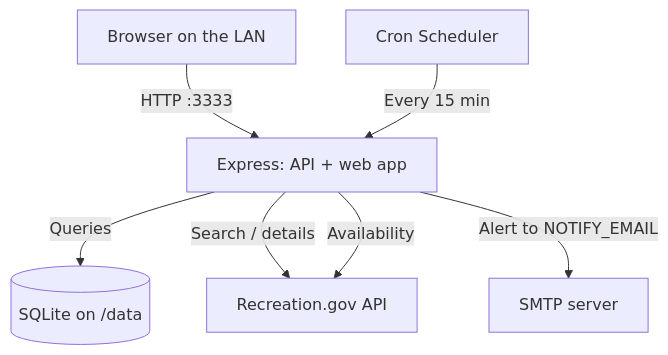
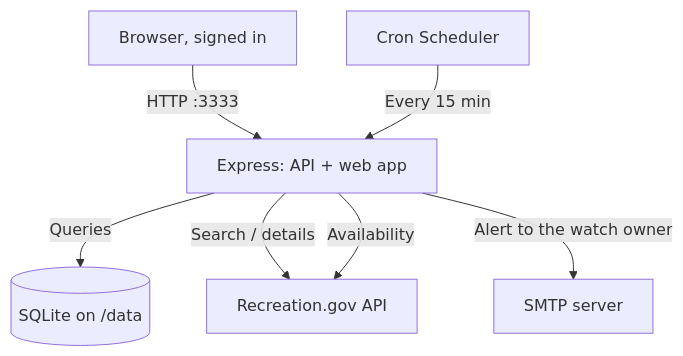
The first of 2 diagrams in README.md (adamcnaglich/campsight), drawn with Mermaid before and after one commit. The commit also changed other lines of this file and 30 other files, not shown here.

````diff
--- a/README.md
+++ b/README.md
@@ -126,16 +144,16 @@
 ```mermaid
 flowchart TB
-    User[Browser on the LAN]
+    User[Browser, signed in]
     App[Express: API + web app]
     SQLite[(SQLite on /data)]
     RecGov[Recreation.gov API]
     Mail[SMTP server]
     Scheduler[Cron Scheduler]
 
     User -->|HTTP :3333| App
     App -->|Queries| SQLite
     App -->|Search / details| RecGov
     Scheduler -->|Every 15 min| App
     App -->|Availability| RecGov
-    App -->|Alert to NOTIFY_EMAIL| Mail
+    App -->|Alert to the watch owner| Mail
 ```
````
